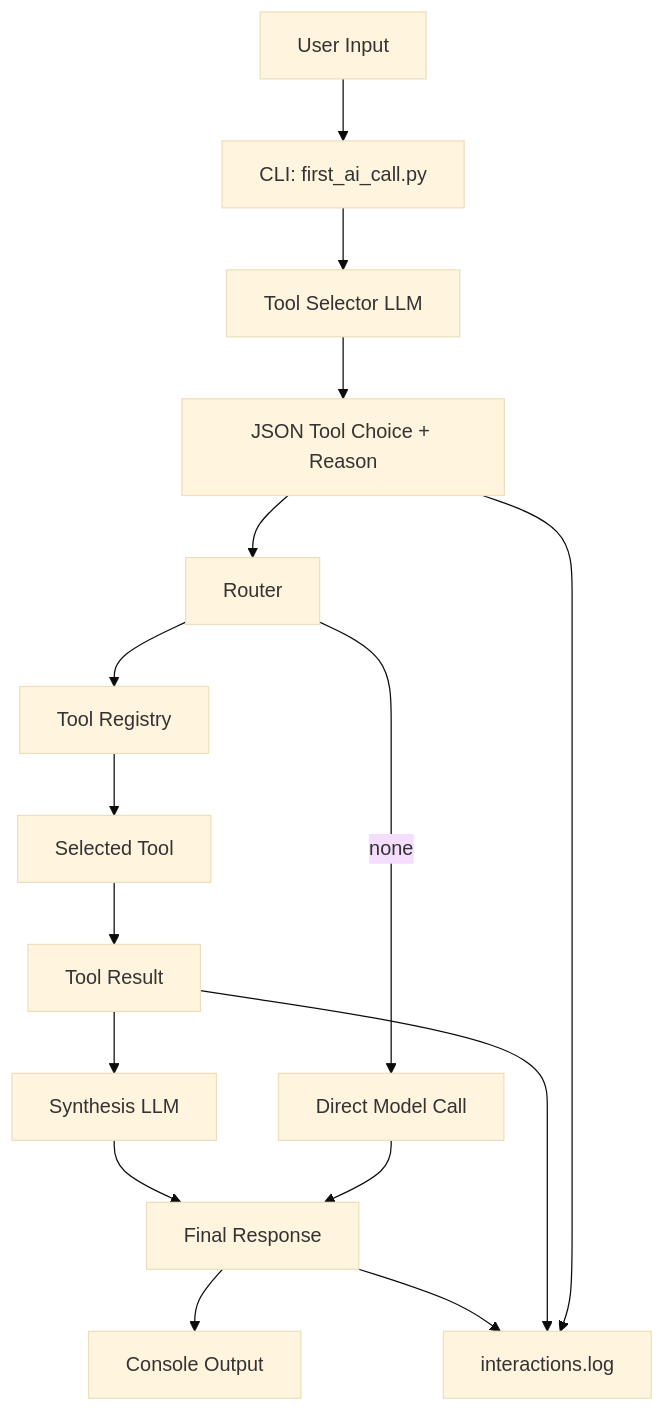
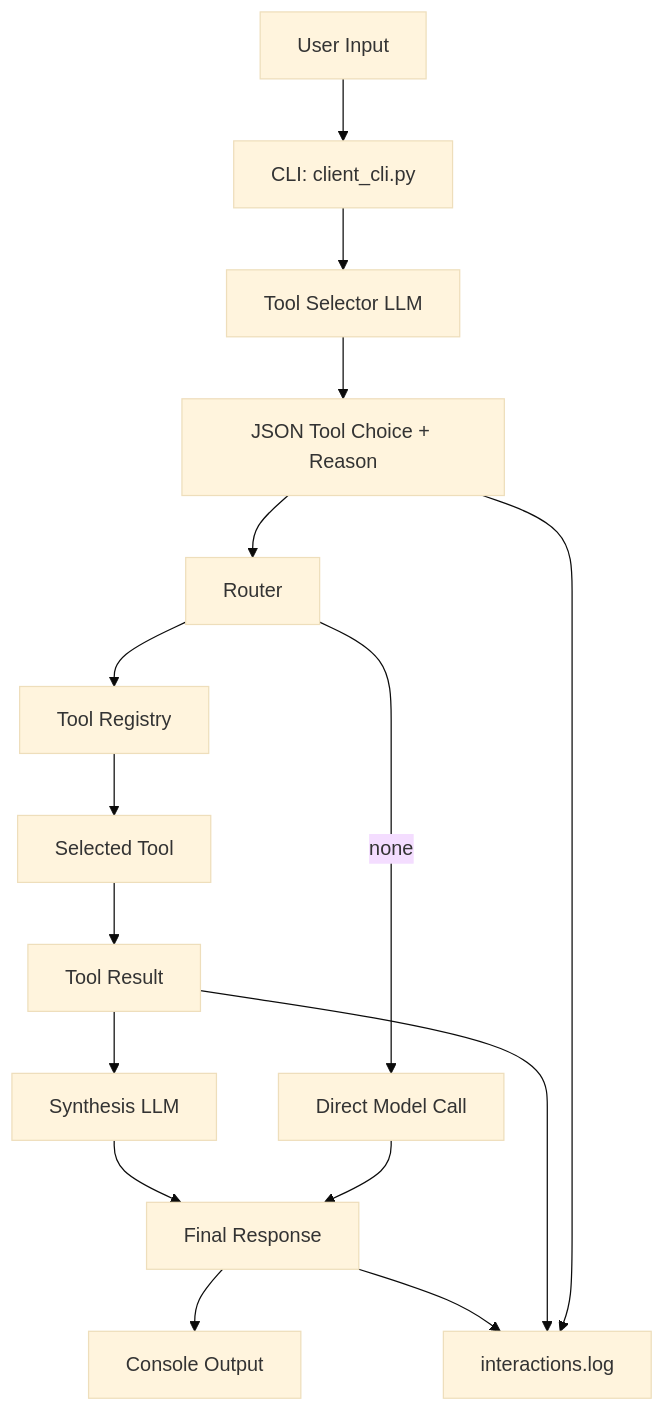
The diagram in docs/architecture.md (awsvkvims/agentic-ai-platform-engineering), drawn with Mermaid (base theme) before and after one commit. The commit also changed other lines of this file and 2 other files, not shown here.

Commit message:
Rename entry point to client_cli

````diff
--- a/docs/architecture.md
+++ b/docs/architecture.md
@@ -3,18 +3,18 @@
 ``` mermaid
 flowchart TD
-    A[User Input] --> B[CLI: first_ai_call.py]
+    A[User Input] --> B[CLI: client_cli.py]
     B --> C[Tool Selector LLM]
     C --> D[JSON Tool Choice + Reason]
     D --> E[Router]
     E --> F[Tool Registry]
     F --> G[Selected Tool]
     G --> H[Tool Result]
     E -->|none| I[Direct Model Call]
     H --> J[Synthesis LLM]
     J --> K[Final Response]
     I --> K
     K --> L[Console Output]
     K --> M[interactions.log]
     H --> M
     D --> M
 ```
````
